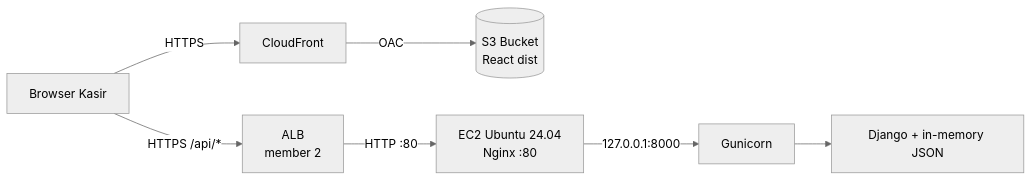
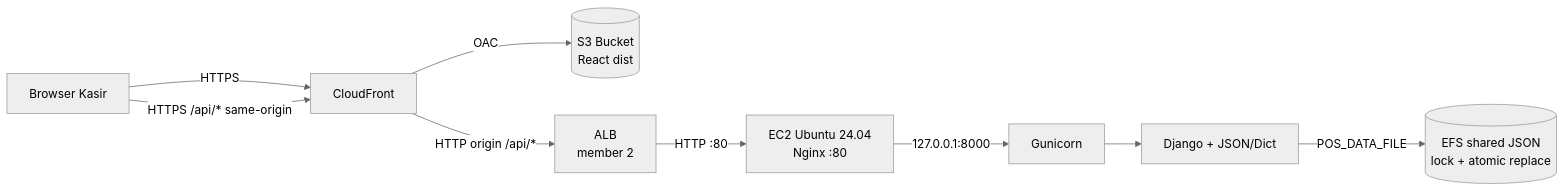
Before and after one commit to kipling123/Tubes_PBO: the diagram in DEPLOYMENT.md, drawn with Mermaid (neutral theme). The commit also changed other lines of this file and 19 other files, not shown here.

````diff
--- a/DEPLOYMENT.md
+++ b/DEPLOYMENT.md
@@ -23,9 +23,11 @@
 ```mermaid
 flowchart LR
     U[Browser Kasir] -->|HTTPS| CF[CloudFront]
     CF -->|OAC| S3[(S3 Bucket<br/>React dist)]
-    U -->|HTTPS /api/*| ALB[ALB<br/>member 2]
+   U -->|HTTPS /api/* same-origin| CF
+   CF -->|HTTP origin /api/*| ALB[ALB<br/>member 2]
     ALB -->|HTTP :80| N[EC2 Ubuntu 24.04<br/>Nginx :80]
     N -->|127.0.0.1:8000| G[Gunicorn]
-    G --> D[Django + in-memory JSON]
+   G --> D[Django + JSON/Dict]
+   D -->|POS_DATA_FILE| E[(EFS shared JSON<br/>lock + atomic replace)]
 ```
````
